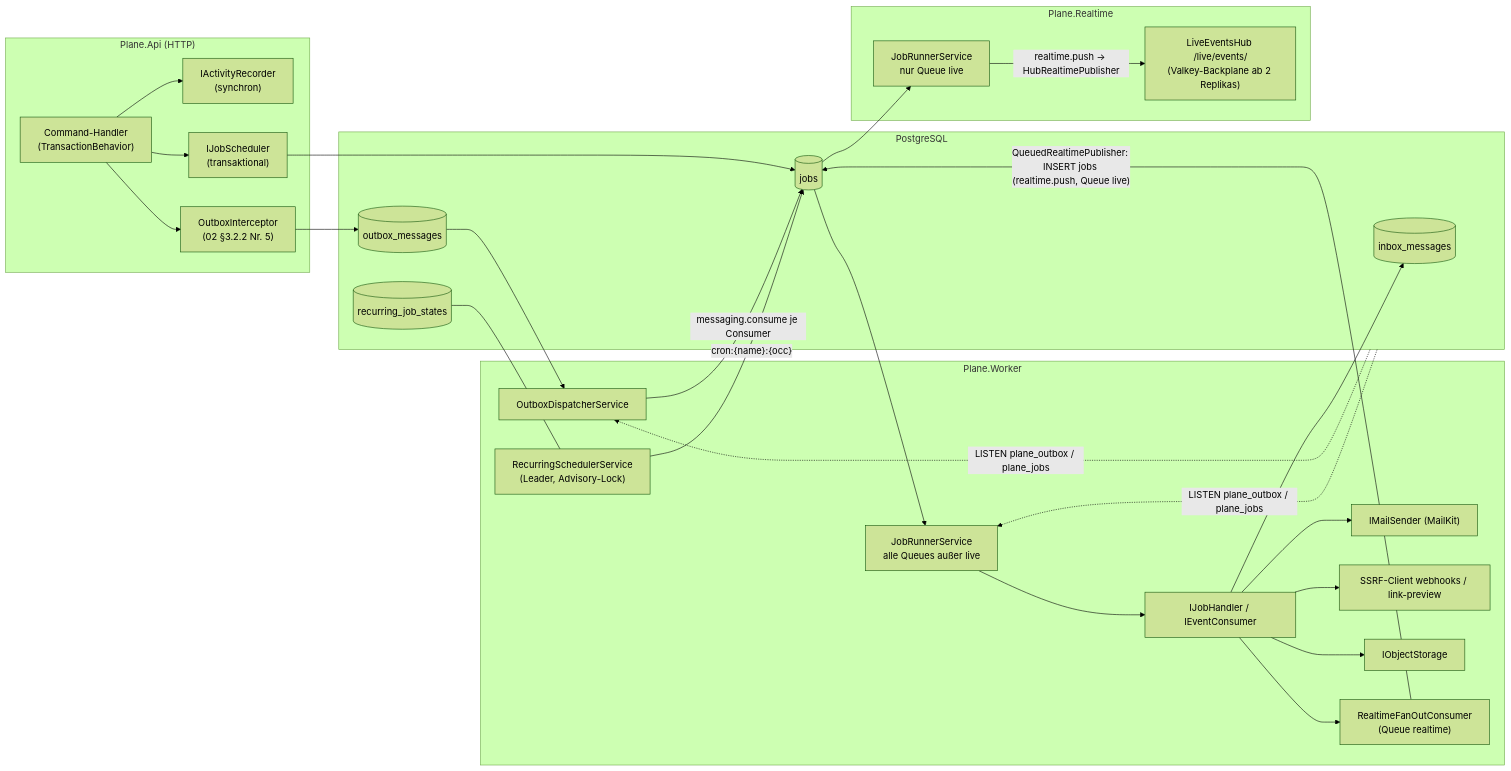
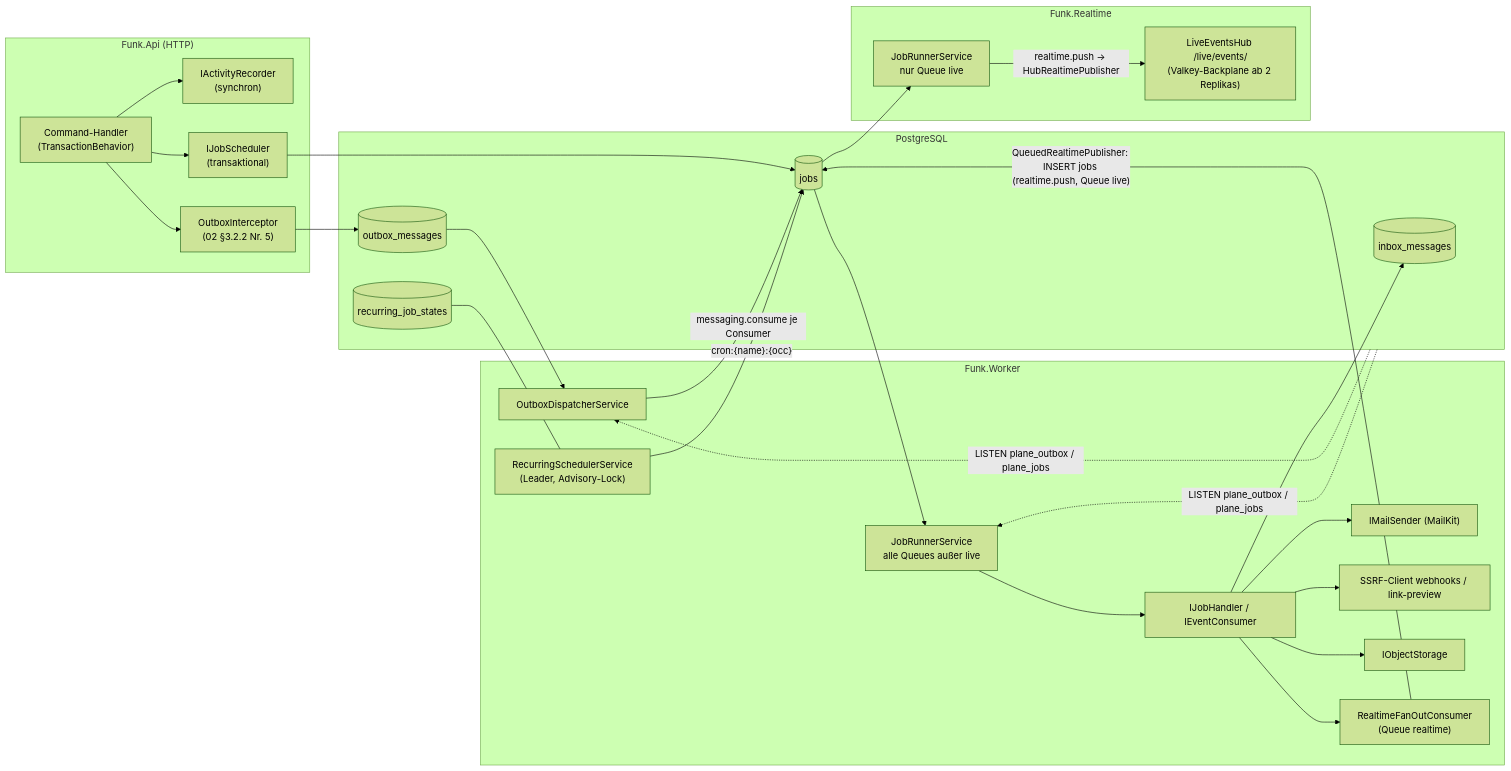
One commit to mlwr/plane changed the first of 5 diagrams in migration/architecture/06-hintergrundjobs-events-benachrichtigungen.md. Above: the diagram before and after it, drawn with Mermaid (forest theme). The commit also changed other lines of this file and 27 other files, not shown here.

First line of the commit message:
docs(migration): rename target identifiers to funk in architecture and plan docs

````diff
--- a/migration/architecture/06-hintergrundjobs-events-benachrichtigungen.md
+++ b/migration/architecture/06-hintergrundjobs-events-benachrichtigungen.md
@@ -115,35 +115,35 @@
 ```mermaid
 flowchart LR
-  subgraph Api["Plane.Api (HTTP)"]
+  subgraph Api["Funk.Api (HTTP)"]
     CMD["Command-Handler<br/>(TransactionBehavior)"] --> REC["IActivityRecorder<br/>(synchron)"]
     CMD --> OI["OutboxInterceptor<br/>(02 §3.2.2 Nr. 5)"]
     CMD --> JS["IJobScheduler<br/>(transaktional)"]
   end
   subgraph PG["PostgreSQL"]
     OB[(outbox_messages)]
     JB[(jobs)]
     IB[(inbox_messages)]
     RS[(recurring_job_states)]
   end
   OI --> OB
   JS --> JB
-  subgraph Worker["Plane.Worker"]
+  subgraph Worker["Funk.Worker"]
     OD["OutboxDispatcherService"] -->|"messaging.consume je Consumer"| JB
     SCH["RecurringSchedulerService<br/>(Leader, Advisory-Lock)"] -->|"cron:{name}:{occ}"| JB
     JR["JobRunnerService<br/>alle Queues außer live"] --> H["IJobHandler / IEventConsumer"]
     H --> IB
     H --> MAIL["IMailSender (MailKit)"]
     H --> HTTP["SSRF-Client webhooks / link-preview"]
     H --> S3["IObjectStorage"]
     H --> RFC["RealtimeFanOutConsumer<br/>(Queue realtime)"]
   end
   OB --> OD
   RS --- SCH
   JB --> JR
-  subgraph Rt["Plane.Realtime"]
+  subgraph Rt["Funk.Realtime"]
     JRL["JobRunnerService<br/>nur Queue live"] -->|"realtime.push → HubRealtimePublisher"| HUB["LiveEventsHub /live/events/<br/>(Valkey-Backplane ab 2 Replikas)"]
   end
   RFC -->|"QueuedRealtimePublisher: INSERT jobs (realtime.push, Queue live)"| JB
   JB --> JRL
   PG -. "LISTEN plane_outbox / plane_jobs" .-> OD & JR
 ```
````
